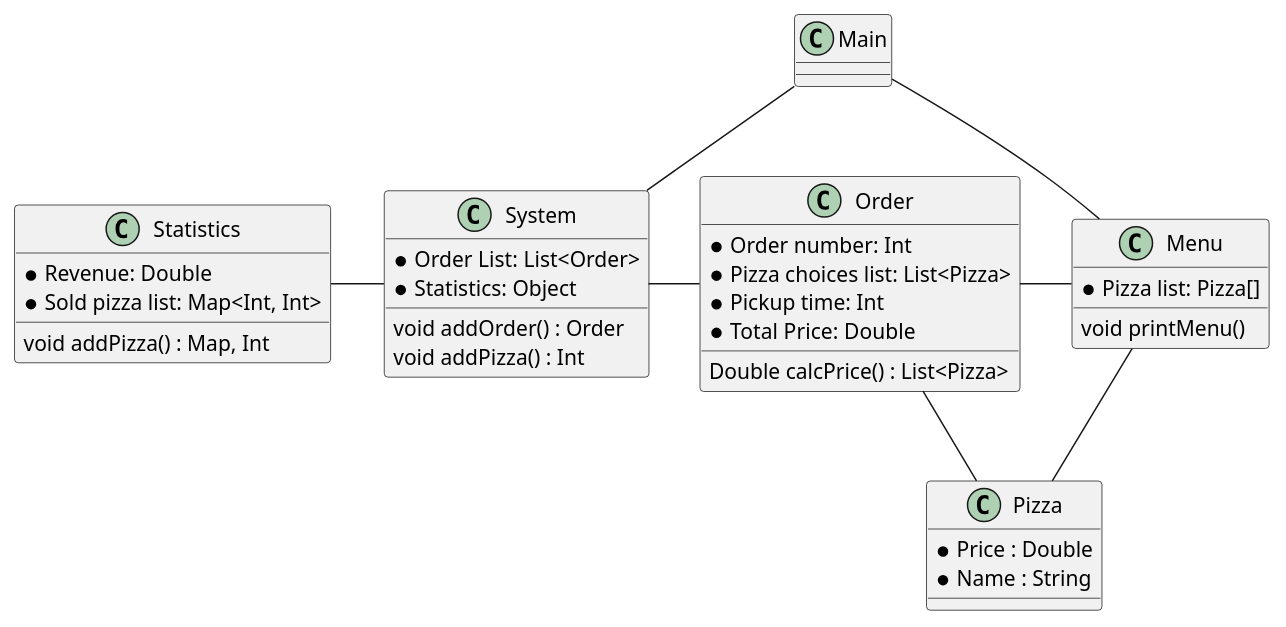
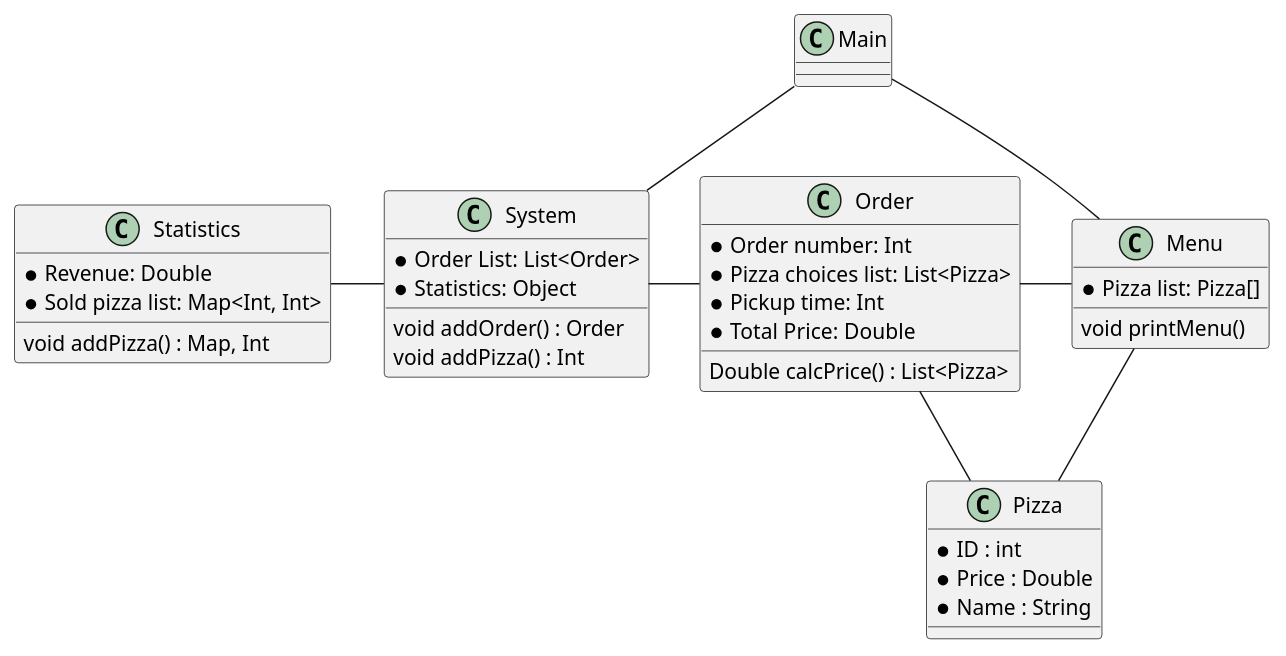
Before and after one commit to Kvark96/SP3_Mario: the diagram in .idea/UML/Class diagram.puml, drawn with PlantUML. The commit also changed 6 other files, not shown here.

```diff
--- a/.idea/UML/Class diagram.puml
+++ b/.idea/UML/Class diagram.puml
@@ -1,44 +1,45 @@
 @startuml
 
 Class Menu{
     *Pizza list: Pizza[]
     void printMenu()
 }
 
 Class Main {
 }
 
 Class Pizza{
+    *ID : int
     *Price : Double
     *Name : String
 }
 
 Class Order{
     *Order number: Int
     *Pizza choices list: List<Pizza>
     *Pickup time: Int
     *Total Price: Double
     Double calcPrice() : List<Pizza>
 }
 
 Class System{
     * Order List: List<Order>
     * Statistics: Object
     void addOrder() : Order
     void addPizza() : Int
 }
 Class Statistics{
     * Revenue: Double
     * Sold pizza list: Map<Int, Int>
     void addPizza() : Map, Int
 }
 
 Pizza -- Order
 Order -left- System
 System -left- Statistics
 Menu -- Pizza
 Menu -left- Order
 Main -- System
 Main -- Menu
 
 @enduml
```
